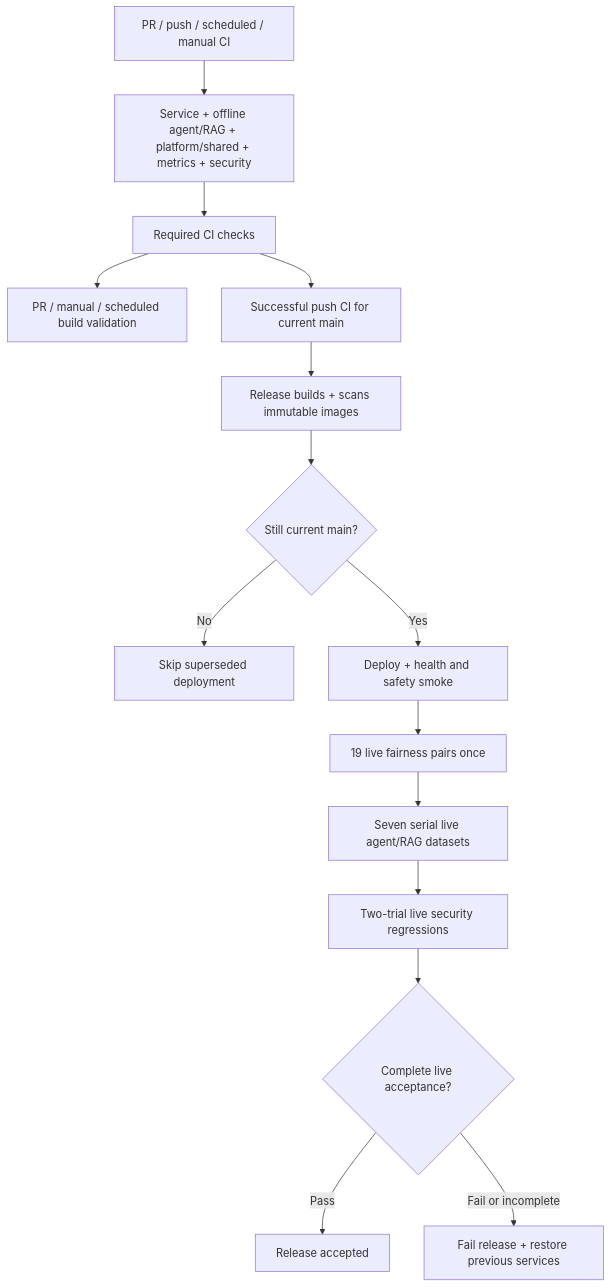
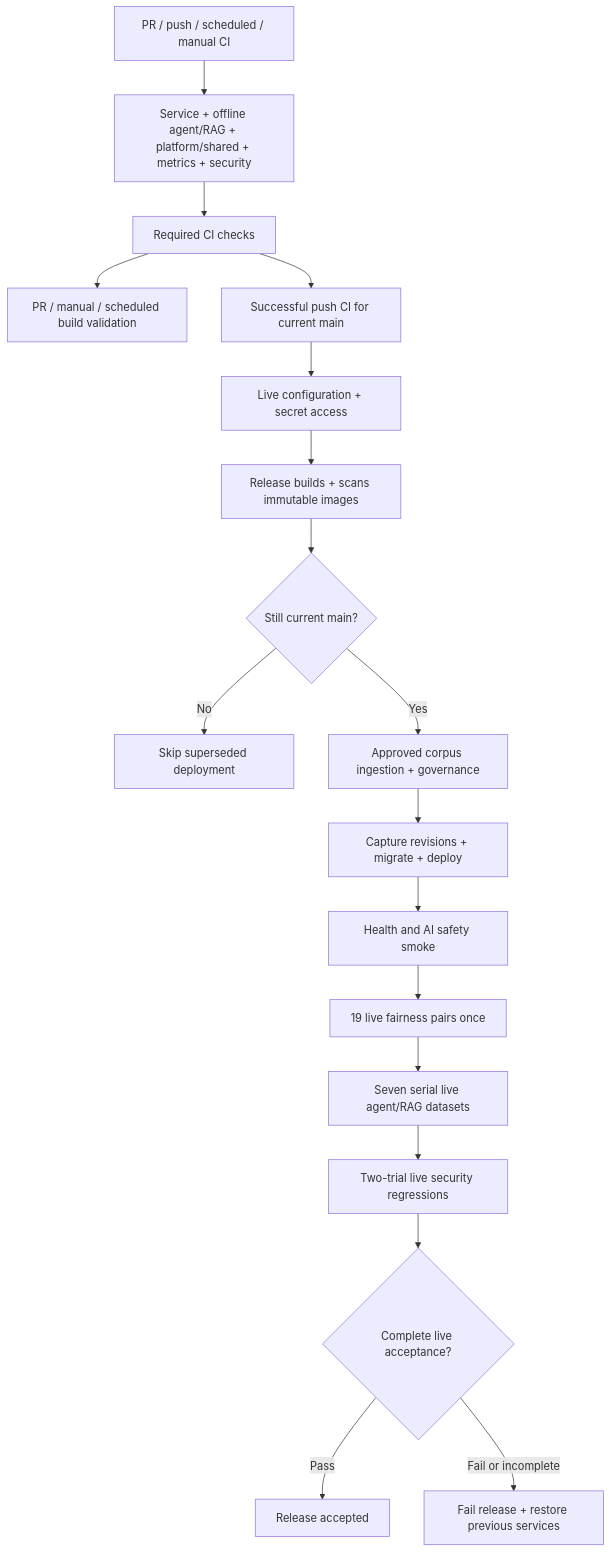
One commit to Seanleng99/nus-iss-ais-team9 changed the diagram in docs/agent-test-workflows.md. Above: the diagram before and after it, drawn with Mermaid. The commit also changed other lines of this file and 10 other files, not shown here.

````diff
--- a/docs/agent-test-workflows.md
+++ b/docs/agent-test-workflows.md
@@ -71,17 +71,20 @@
 ```mermaid
 flowchart TD
     Start[PR / push / scheduled / manual CI] --> Tests[Service + offline agent/RAG + platform/shared + metrics + security]
     Tests --> Gate[Required CI checks]
     Gate --> PRBuild[PR / manual / scheduled build validation]
     Gate --> Push[Successful push CI for current main]
-    Push --> Build[Release builds + scans immutable images]
+    Push --> Preflight[Live configuration + secret access]
+    Preflight --> Build[Release builds + scans immutable images]
     Build --> Fresh{Still current main?}
     Fresh -->|No| Skip[Skip superseded deployment]
-    Fresh -->|Yes| Deploy[Deploy + health and safety smoke]
-    Deploy --> Fairness[19 live fairness pairs once]
+    Fresh -->|Yes| Corpus[Approved corpus ingestion + governance]
+    Corpus --> Deploy[Capture revisions + migrate + deploy]
+    Deploy --> Smoke[Health and AI safety smoke]
+    Smoke --> Fairness[19 live fairness pairs once]
     Fairness --> Agents[Seven serial live agent/RAG datasets]
     Agents --> Security[Two-trial live security regressions]
     Security --> Acceptance{Complete live acceptance?}
     Acceptance -->|Pass| Success[Release accepted]
     Acceptance -->|Fail or incomplete| Rollback[Fail release + restore previous services]
 ```
````
